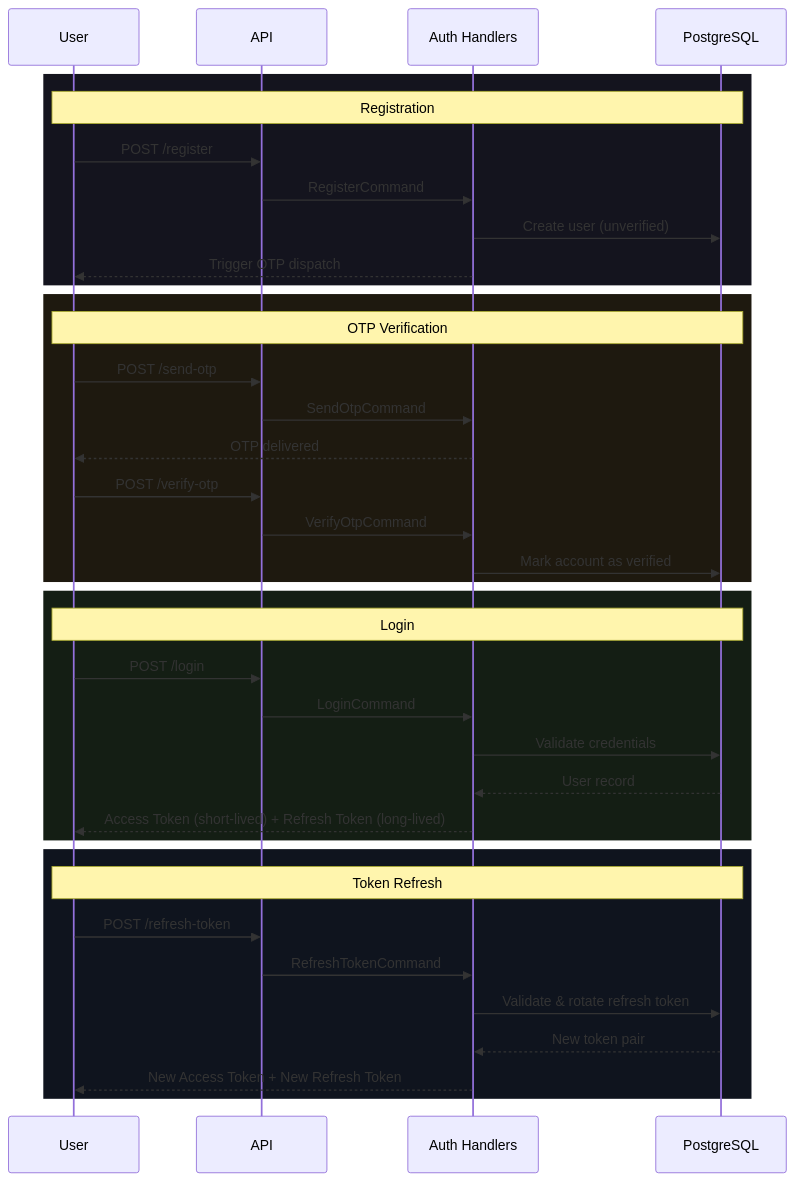
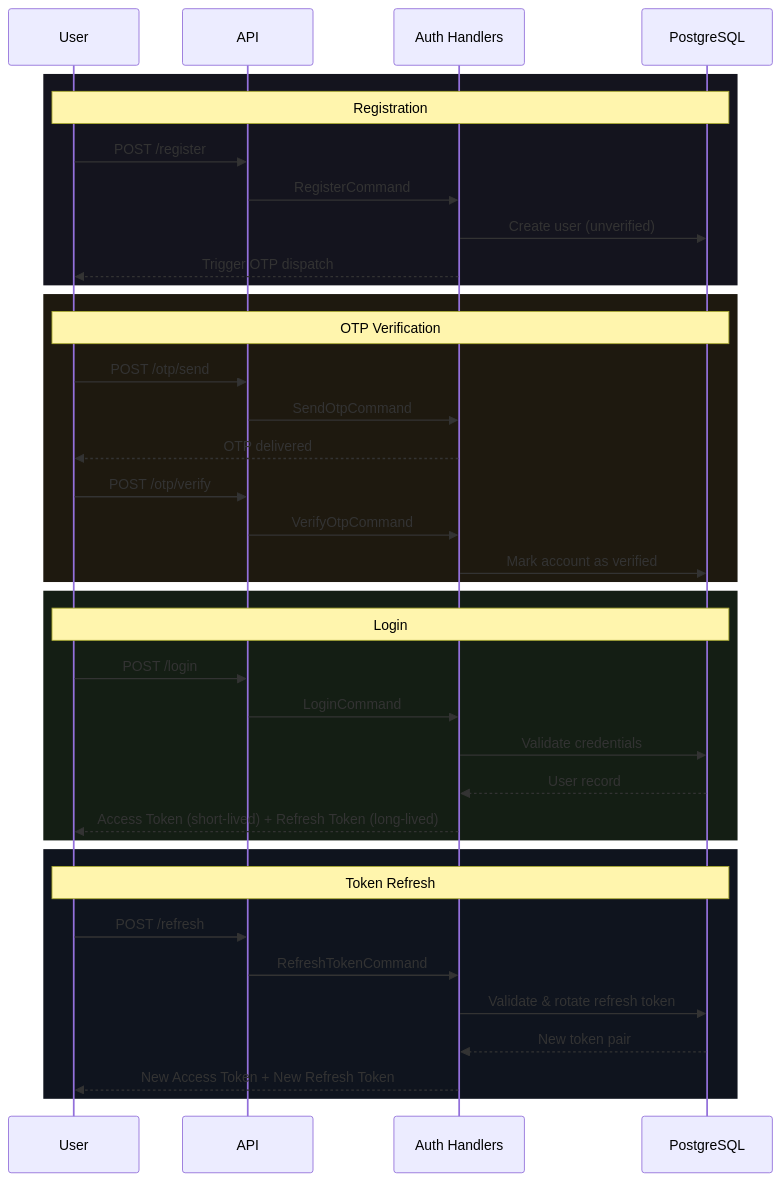
Before and after one commit to amralsaftawi/FixNow: the third of 3 diagrams in README.md, drawn with Mermaid. The commit also changed other lines of this file and 96 other files, not shown here.

````diff
--- a/README.md
+++ b/README.md
@@ -200,43 +200,43 @@
 ```mermaid
 sequenceDiagram
     participant User
     participant API
     participant AuthHandler as Auth Handlers
     participant DB as PostgreSQL
 
     rect rgb(20,20,30)
     Note over User,DB: Registration
     User->>API: POST /register
     API->>AuthHandler: RegisterCommand
     AuthHandler->>DB: Create user (unverified)
     AuthHandler-->>User: Trigger OTP dispatch
     end
 
     rect rgb(30,25,15)
     Note over User,DB: OTP Verification
-    User->>API: POST /send-otp
+    User->>API: POST /otp/send
     API->>AuthHandler: SendOtpCommand
     AuthHandler-->>User: OTP delivered
-    User->>API: POST /verify-otp
+    User->>API: POST /otp/verify
     API->>AuthHandler: VerifyOtpCommand
     AuthHandler->>DB: Mark account as verified
     end
 
     rect rgb(20,30,20)
     Note over User,DB: Login
     User->>API: POST /login
     API->>AuthHandler: LoginCommand
     AuthHandler->>DB: Validate credentials
     DB-->>AuthHandler: User record
     AuthHandler-->>User: Access Token (short-lived) + Refresh Token (long-lived)
     end
 
     rect rgb(15,20,30)
     Note over User,DB: Token Refresh
-    User->>API: POST /refresh-token
+    User->>API: POST /refresh
     API->>AuthHandler: RefreshTokenCommand
     AuthHandler->>DB: Validate & rotate refresh token
     DB-->>AuthHandler: New token pair
     AuthHandler-->>User: New Access Token + New Refresh Token
     end
 ```
````
